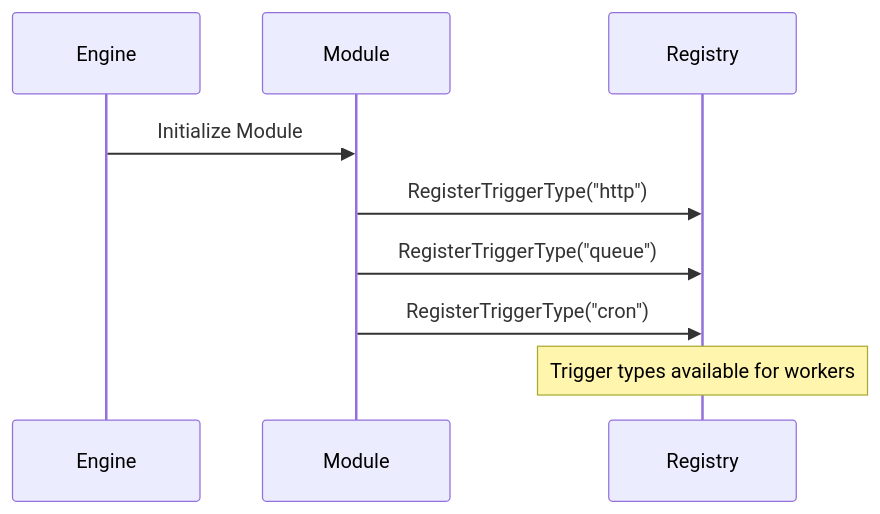
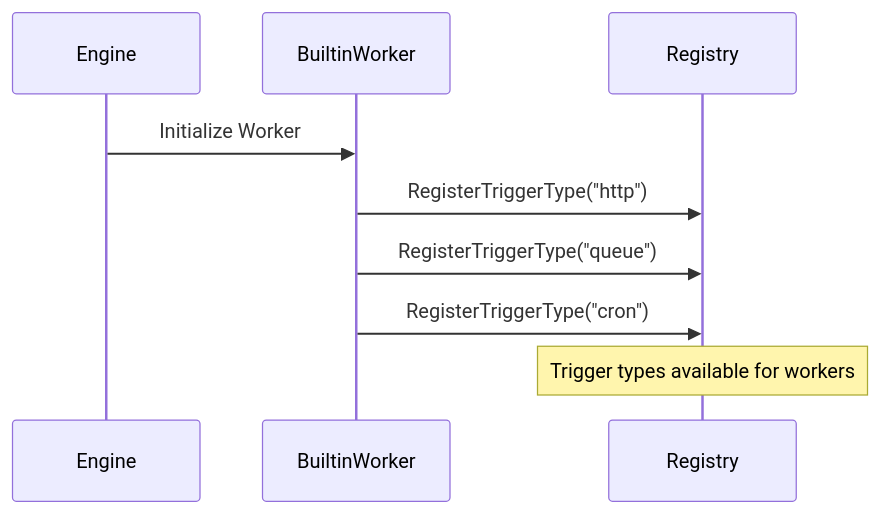
One commit to iii-hq/iii changed the fourth of 5 diagrams in docs/architecture/trigger-types.mdx. Above: the diagram before and after it, drawn with Mermaid. The commit also changed other lines of this file and 13 other files, not shown here.

````diff
--- a/docs/architecture/trigger-types.mdx
+++ b/docs/architecture/trigger-types.mdx
@@ -837,13 +837,13 @@
 ```mermaid
 sequenceDiagram
     participant E as Engine
-    participant M as Module
+    participant BW as BuiltinWorker
     participant R as Registry
 
-    E->>M: Initialize Module
-    M->>R: RegisterTriggerType("http")
-    M->>R: RegisterTriggerType("queue")
-    M->>R: RegisterTriggerType("cron")
+    E->>BW: Initialize Worker
+    BW->>R: RegisterTriggerType("http")
+    BW->>R: RegisterTriggerType("queue")
+    BW->>R: RegisterTriggerType("cron")
 
     Note over R: Trigger types available for workers
 ```
````
